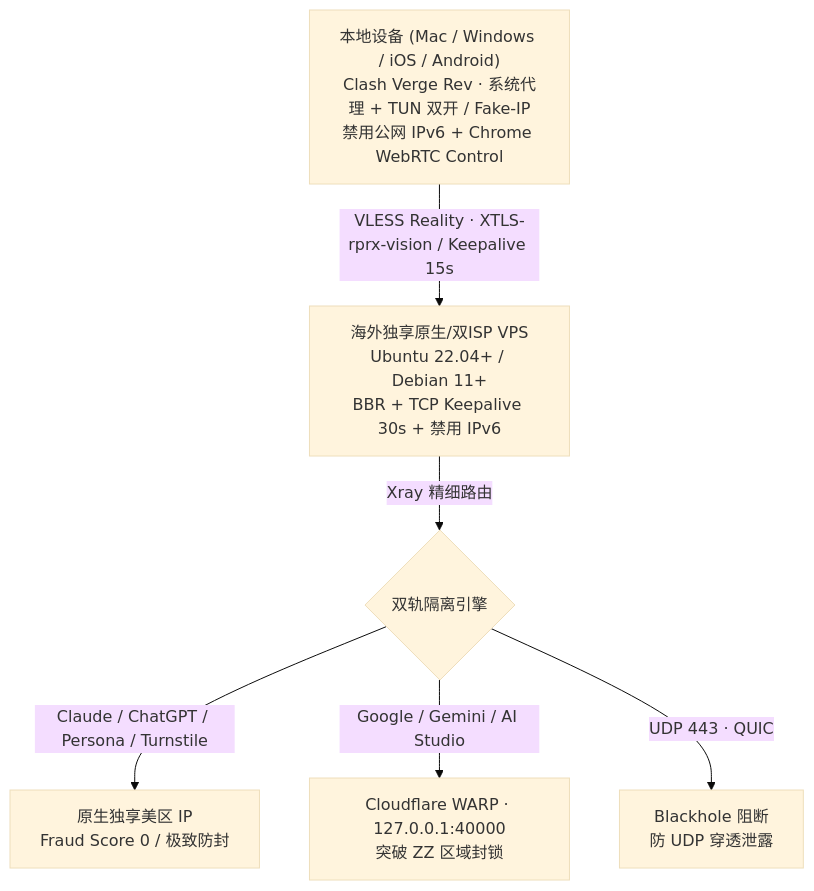
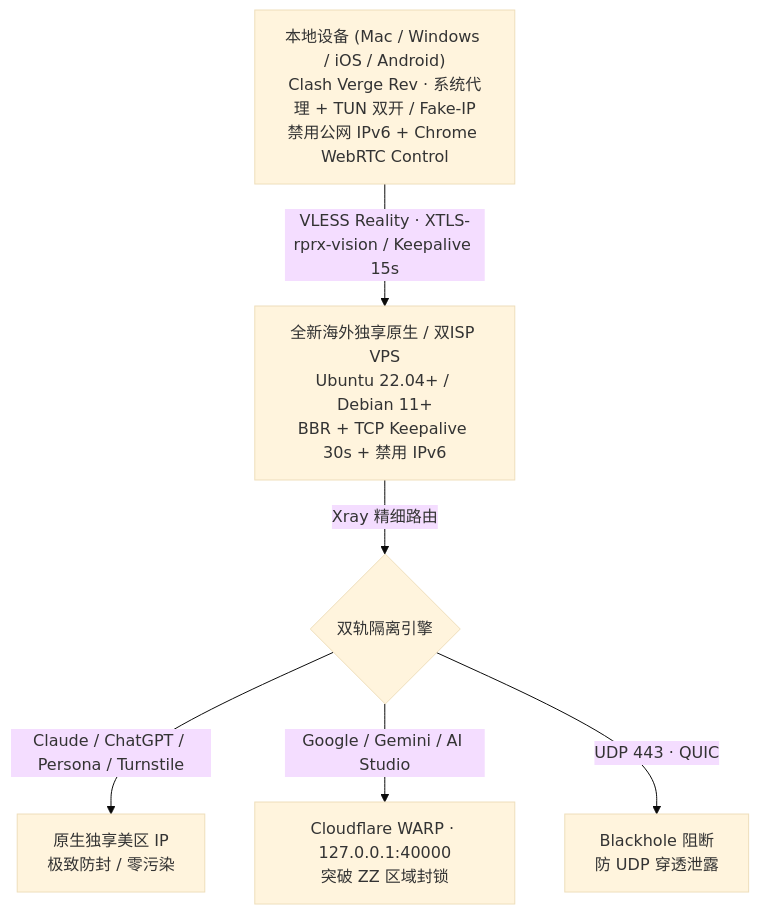
One commit to BigDataScholar/claude-antiban-network changed the diagram in SKILL.md. Above: the diagram before and after it, drawn with Mermaid (base theme). The commit also changed other lines of this file and 5 other files, not shown here.

````diff
--- a/SKILL.md
+++ b/SKILL.md
@@ -16,9 +31,9 @@
 ```mermaid
 flowchart TD
-    Client["本地设备 (Mac / Windows / iOS / Android)<br/>Clash Verge Rev · 系统代理 + TUN 双开 / Fake-IP<br/>禁用公网 IPv6 + Chrome WebRTC Control"] -->|"VLESS Reality · XTLS-rprx-vision / Keepalive 15s"| VPS["海外独享原生/双ISP VPS<br/>Ubuntu 22.04+ / Debian 11+<br/>BBR + TCP Keepalive 30s + 禁用 IPv6"]
+    Client["本地设备 (Mac / Windows / iOS / Android)<br/>Clash Verge Rev · 系统代理 + TUN 双开 / Fake-IP<br/>禁用公网 IPv6 + Chrome WebRTC Control"] -->|"VLESS Reality · XTLS-rprx-vision / Keepalive 15s"| VPS["全新海外独享原生 / 双ISP VPS<br/>Ubuntu 22.04+ / Debian 11+<br/>BBR + TCP Keepalive 30s + 禁用 IPv6"]
 
     VPS -->|"Xray 精细路由"| Router{"双轨隔离引擎"}
-    Router -->|"Claude / ChatGPT / Persona / Turnstile"| Direct["原生独享美区 IP<br/>Fraud Score 0 / 极致防封"]
+    Router -->|"Claude / ChatGPT / Persona / Turnstile"| Direct["原生独享美区 IP<br/>极致防封 / 零污染"]
     Router -->|"Google / Gemini / AI Studio"| WARP["Cloudflare WARP · 127.0.0.1:40000<br/>突破 ZZ 区域封锁"]
     Router -->|"UDP 443 · QUIC"| Block["Blackhole 阻断<br/>防 UDP 穿透泄露"]
 ```
````
